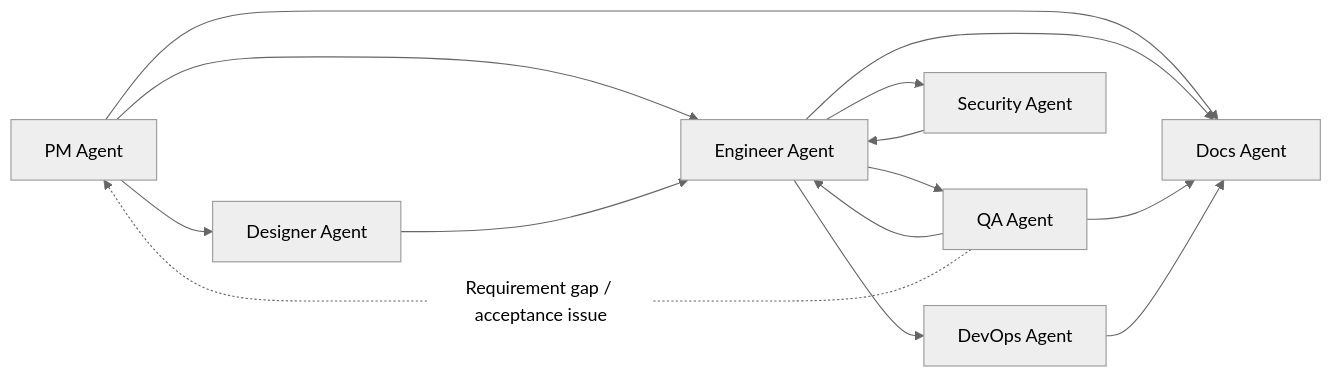
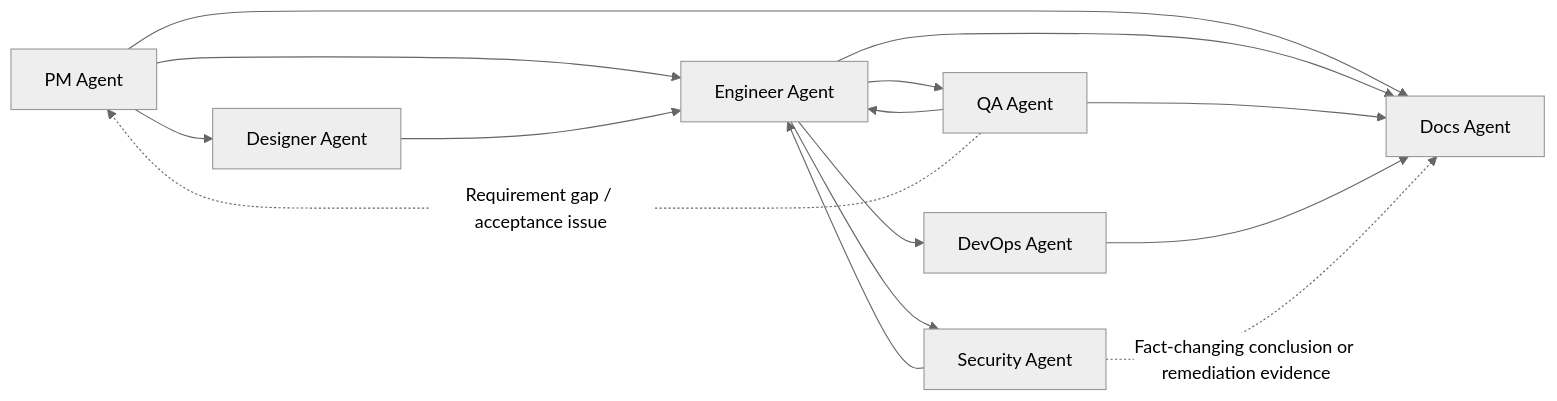
One commit to Neplich/dev-agent-skills changed the diagram in README.md. Above: the diagram before and after it, drawn with Mermaid (neutral theme). The commit also changed 8 other files, not shown here.

````diff
--- a/README.md
+++ b/README.md
@@ -99,16 +99,17 @@
 ```mermaid
 flowchart LR
     PM["PM Agent"] --> Designer["Designer Agent"]
     PM --> Engineer["Engineer Agent"]
     Designer --> Engineer
     Engineer --> QA["QA Agent"]
     QA --> Engineer
     QA -. "Requirement gap / acceptance issue" .-> PM
     Engineer --> DevOps["DevOps Agent"]
     Engineer --> Security["Security Agent"]
     Security --> Engineer
     PM --> Docs["Docs Agent"]
     Engineer --> Docs
     QA --> Docs
     DevOps --> Docs
+    Security -. "Fact-changing conclusion or remediation evidence" .-> Docs
 ```
````
